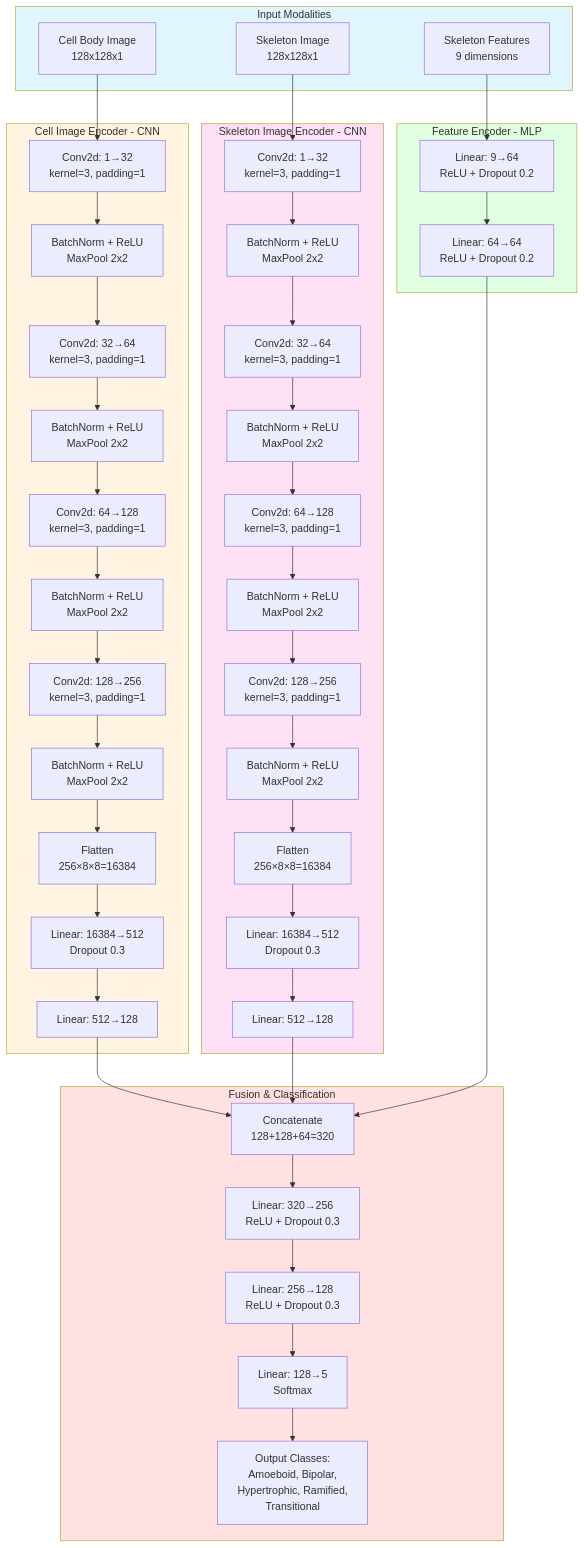
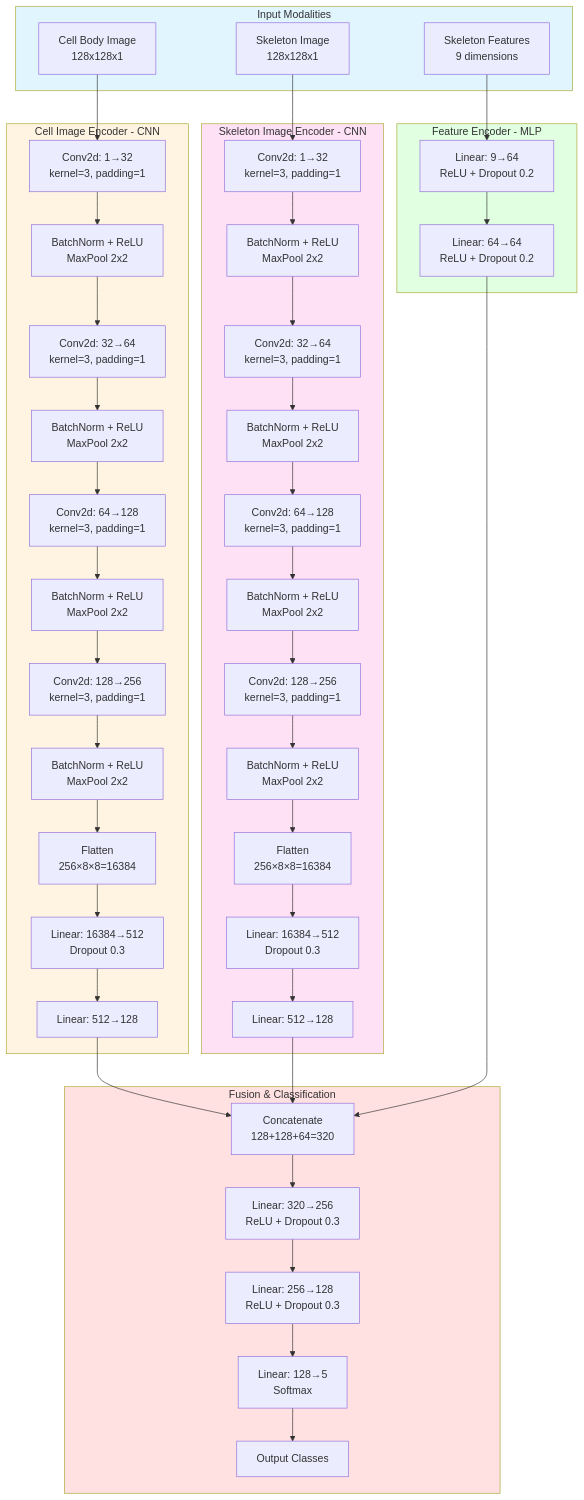
One commit to Vishesh0-7/Microglia-Morphology changed the first of 3 diagrams in diagram.md. Above: the diagram before and after it, drawn with Mermaid.

Commit message:
Updated Architechture diagrams

````diff
--- a/diagram.md
+++ b/diagram.md
@@ -5,70 +5,70 @@
 ```mermaid
 flowchart TD
     subgraph INPUT1["Input Modalities"]
         I1["Cell Body Image<br/>128x128x1"]
         I2["Skeleton Image<br/>128x128x1"]
         I3["Skeleton Features<br/>9 dimensions"]
     end
     
     subgraph CELL_ENC["Cell Image Encoder - CNN"]
         C1["Conv2d: 1→32<br/>kernel=3, padding=1"]
         C2["BatchNorm + ReLU<br/>MaxPool 2x2"]
         C3["Conv2d: 32→64<br/>kernel=3, padding=1"]
         C4["BatchNorm + ReLU<br/>MaxPool 2x2"]
         C5["Conv2d: 64→128<br/>kernel=3, padding=1"]
         C6["BatchNorm + ReLU<br/>MaxPool 2x2"]
         C7["Conv2d: 128→256<br/>kernel=3, padding=1"]
         C8["BatchNorm + ReLU<br/>MaxPool 2x2"]
         C9["Flatten<br/>256×8×8=16384"]
         C10["Linear: 16384→512<br/>Dropout 0.3"]
         C11["Linear: 512→128"]
         
         C1 --> C2 --> C3 --> C4 --> C5 --> C6 --> C7 --> C8 --> C9 --> C10 --> C11
     end
     
     subgraph SKEL_ENC["Skeleton Image Encoder - CNN"]
         S1["Conv2d: 1→32<br/>kernel=3, padding=1"]
         S2["BatchNorm + ReLU<br/>MaxPool 2x2"]
         S3["Conv2d: 32→64<br/>kernel=3, padding=1"]
         S4["BatchNorm + ReLU<br/>MaxPool 2x2"]
         S5["Conv2d: 64→128<br/>kernel=3, padding=1"]
         S6["BatchNorm + ReLU<br/>MaxPool 2x2"]
         S7["Conv2d: 128→256<br/>kernel=3, padding=1"]
         S8["BatchNorm + ReLU<br/>MaxPool 2x2"]
         S9["Flatten<br/>256×8×8=16384"]
         S10["Linear: 16384→512<br/>Dropout 0.3"]
         S11["Linear: 512→128"]
         
         S1 --> S2 --> S3 --> S4 --> S5 --> S6 --> S7 --> S8 --> S9 --> S10 --> S11
     end
     
     subgraph FEAT_ENC["Feature Encoder - MLP"]
         F1["Linear: 9→64<br/>ReLU + Dropout 0.2"]
         F2["Linear: 64→64<br/>ReLU + Dropout 0.2"]
         
         F1 --> F2
     end
     
     subgraph CLASSIFIER["Fusion & Classification"]
         CL1["Concatenate<br/>128+128+64=320"]
         CL2["Linear: 320→256<br/>ReLU + Dropout 0.3"]
         CL3["Linear: 256→128<br/>ReLU + Dropout 0.3"]
         CL4["Linear: 128→5<br/>Softmax"]
-        CL5["Output Classes:<br/>Amoeboid, Bipolar,<br/>Hypertrophic, Ramified,<br/>Transitional"]
+        CL5["Output Classes"]
         
         CL1 --> CL2 --> CL3 --> CL4 --> CL5
     end
     
     I1 --> C1
     I2 --> S1
     I3 --> F1
     C11 --> CL1
     S11 --> CL1
     F2 --> CL1
     
     style INPUT1 fill:#e1f5ff
     style CELL_ENC fill:#fff4e1
     style SKEL_ENC fill:#ffe1f5
     style FEAT_ENC fill:#e1ffe1
     style CLASSIFIER fill:#ffe1e1
 ```
````
